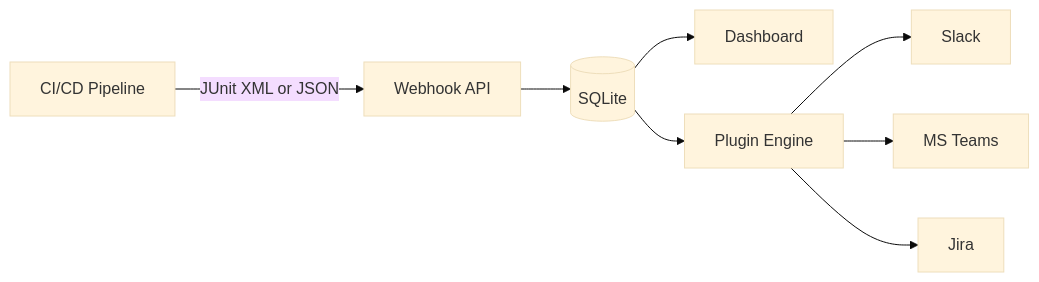
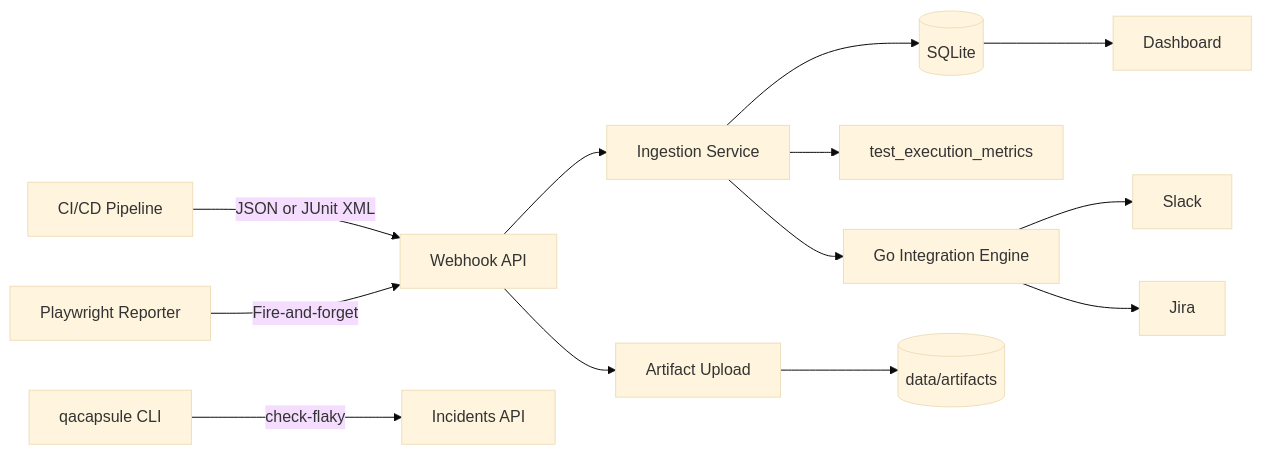
The diagram in docs/index.md (QA-Capsule/qa-capsule-community), drawn with Mermaid (base theme) before and after one commit. The commit also changed other lines of this file and 106 other files, not shown here.

````diff
--- a/docs/index.md
+++ b/docs/index.md
@@ -41,10 +45,15 @@
 ```mermaid
 flowchart LR
-    CI[CI/CD Pipeline] -->|JUnit XML or JSON| WH[Webhook API]
-    WH --> DB[(SQLite)]
+    CI[CI/CD Pipeline] -->|JSON or JUnit XML| WH[Webhook API]
+    PW[Playwright Reporter] -->|Fire-and-forget| WH
+    CLI[qacapsule CLI] -->|check-flaky| API[Incidents API]
+    WH --> ING[Ingestion Service]
+    ING --> DB[(SQLite)]
+    ING --> MET[test_execution_metrics]
+    WH --> ART[Artifact Upload]
+    ART --> STORE[(data/artifacts)]
     DB --> UI[Dashboard]
-    DB --> PLG[Plugin Engine]
+    ING --> PLG[Go Integration Engine]
     PLG --> Slack[Slack]
-    PLG --> Teams[MS Teams]
     PLG --> Jira[Jira]
 ```
````
